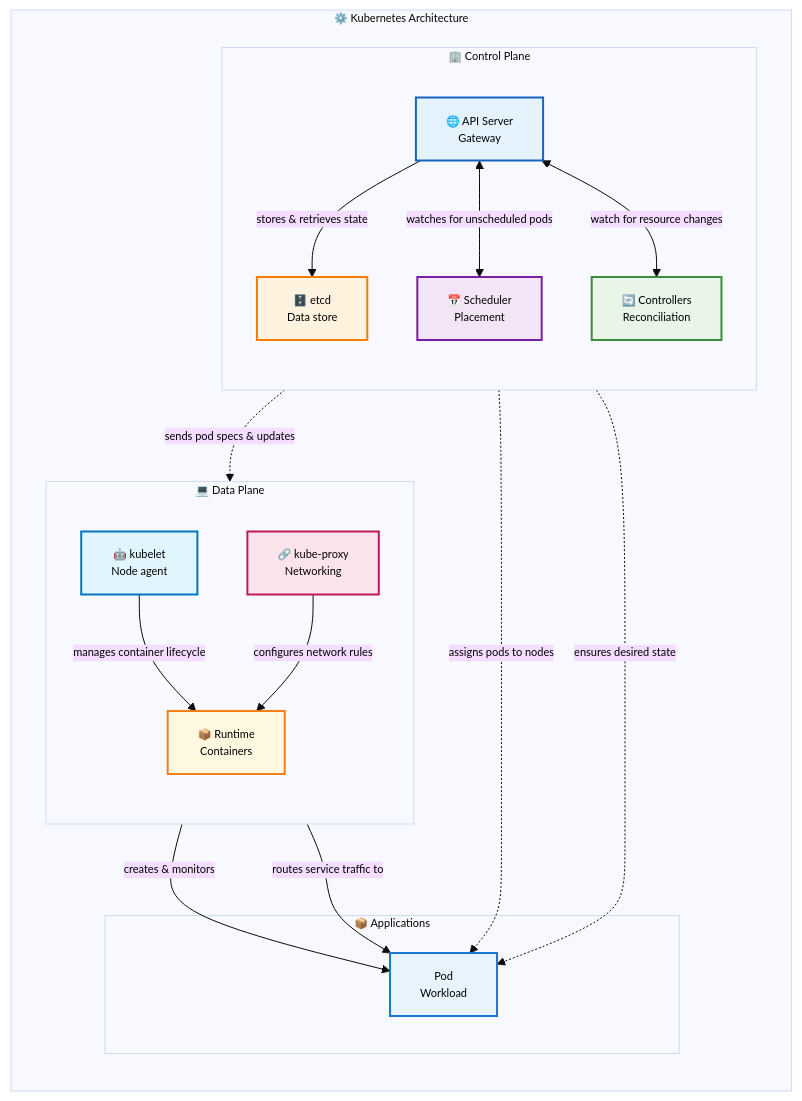
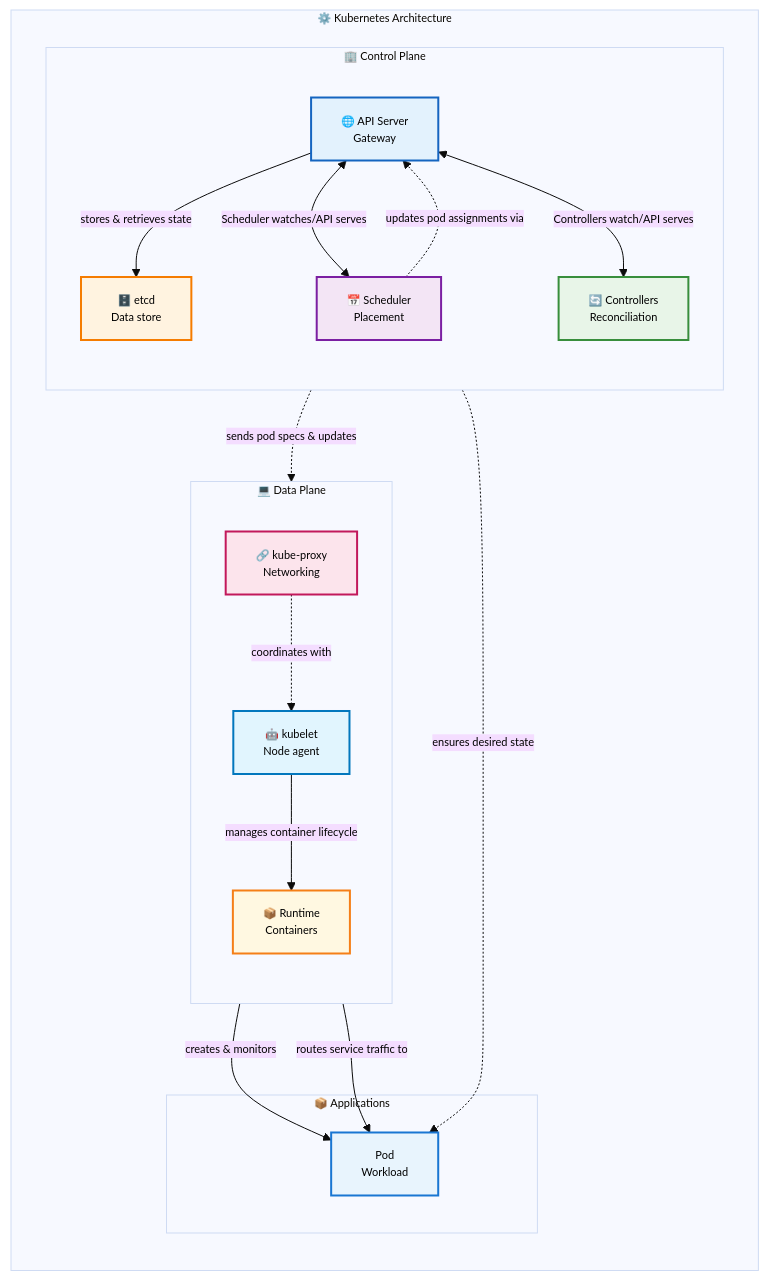
Before and after one commit to razkevich/system_design_course: the diagram in 1.4_distributed_systems/kubernetes_architecture.md, drawn with Mermaid.

Commit message:
exactly once

````diff
--- a/1.4_distributed_systems/kubernetes_architecture.md
+++ b/1.4_distributed_systems/kubernetes_architecture.md
@@ -21,48 +21,48 @@
 ```mermaid
 %%{init: {'theme':'base', 'themeVariables': { 'primaryTextColor': '#000', 'fontSize': '11px'}}}%%
 flowchart LR
     subgraph "⚙️ Kubernetes Architecture"
         
         subgraph CP ["🏢 Control Plane"]
             direction TB
             APIServer["🌐 API Server<br/>Gateway"]
             etcd["🗄️ etcd<br/>Data store"]
             Scheduler["📅 Scheduler<br/>Placement"]
             Controllers["🔄 Controllers<br/>Reconciliation"]
             
             APIServer -->|"stores & retrieves state"| etcd
-            APIServer <-->|"watches for unscheduled pods"| Scheduler
-            APIServer <-->|"watch for resource changes"| Controllers
+            APIServer <-->|"Scheduler watches/API serves"| Scheduler
+            APIServer <-->|"Controllers watch/API serves"| Controllers
         end
         
         subgraph DP ["💻 Data Plane"]
             direction TB
             Kubelet["🤖 kubelet<br/>Node agent"]
             KubeProxy["🔗 kube-proxy<br/>Networking"]  
             Runtime["📦 Runtime<br/>Containers"]
             
             Kubelet -->|"manages container lifecycle"| Runtime
-            KubeProxy -->|"configures network rules"| Runtime
+            KubeProxy -.->|"coordinates with"| Kubelet
         end
         
         subgraph Apps ["📦 Applications"]
             Pod["Pod<br/>Workload"]
         end
         
         %% Cross-plane communication
         APIServer -.->|"sends pod specs & updates"| Kubelet
-        Scheduler -.->|"assigns pods to nodes"| Pod
+        Scheduler -.->|"updates pod assignments via"| APIServer
         Controllers -.->|"ensures desired state"| Pod
         Kubelet -->|"creates & monitors"| Pod
         KubeProxy -->|"routes service traffic to"| Pod
     end
     
     style APIServer fill:#e3f2fd,stroke:#1565c0,stroke-width:2px,color:#000
     style etcd fill:#fff3e0,stroke:#f57c00,stroke-width:2px,color:#000
     style Scheduler fill:#f3e5f5,stroke:#7b1fa2,stroke-width:2px,color:#000
     style Controllers fill:#e8f5e8,stroke:#388e3c,stroke-width:2px,color:#000
     style Kubelet fill:#e1f5fe,stroke:#0277bd,stroke-width:2px,color:#000
     style KubeProxy fill:#fce4ec,stroke:#c2185b,stroke-width:2px,color:#000
     style Runtime fill:#fff8e1,stroke:#f57f17,stroke-width:2px,color:#000
     style Pod fill:#e8f4fd,stroke:#1976d2,stroke-width:2px,color:#000
 ```
````
